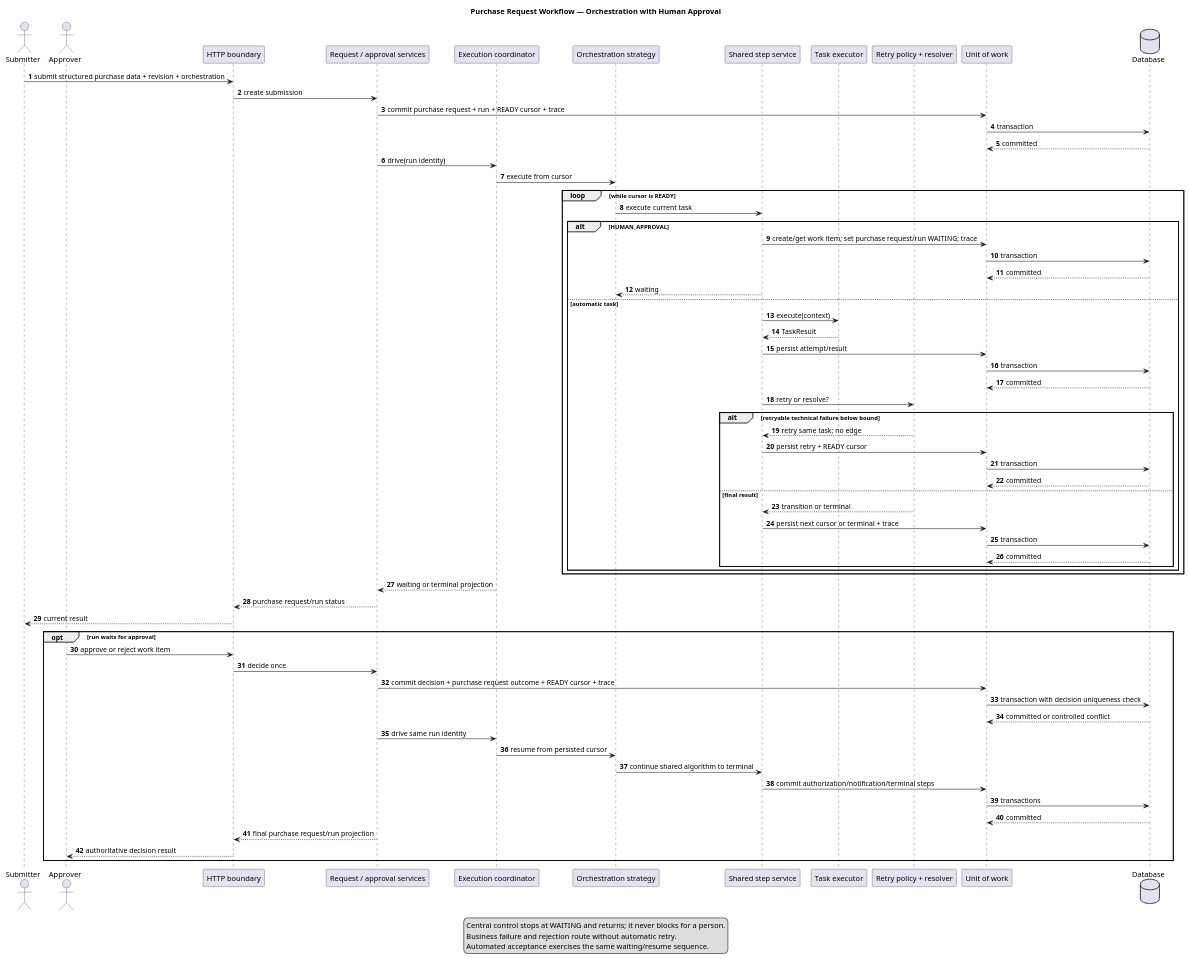
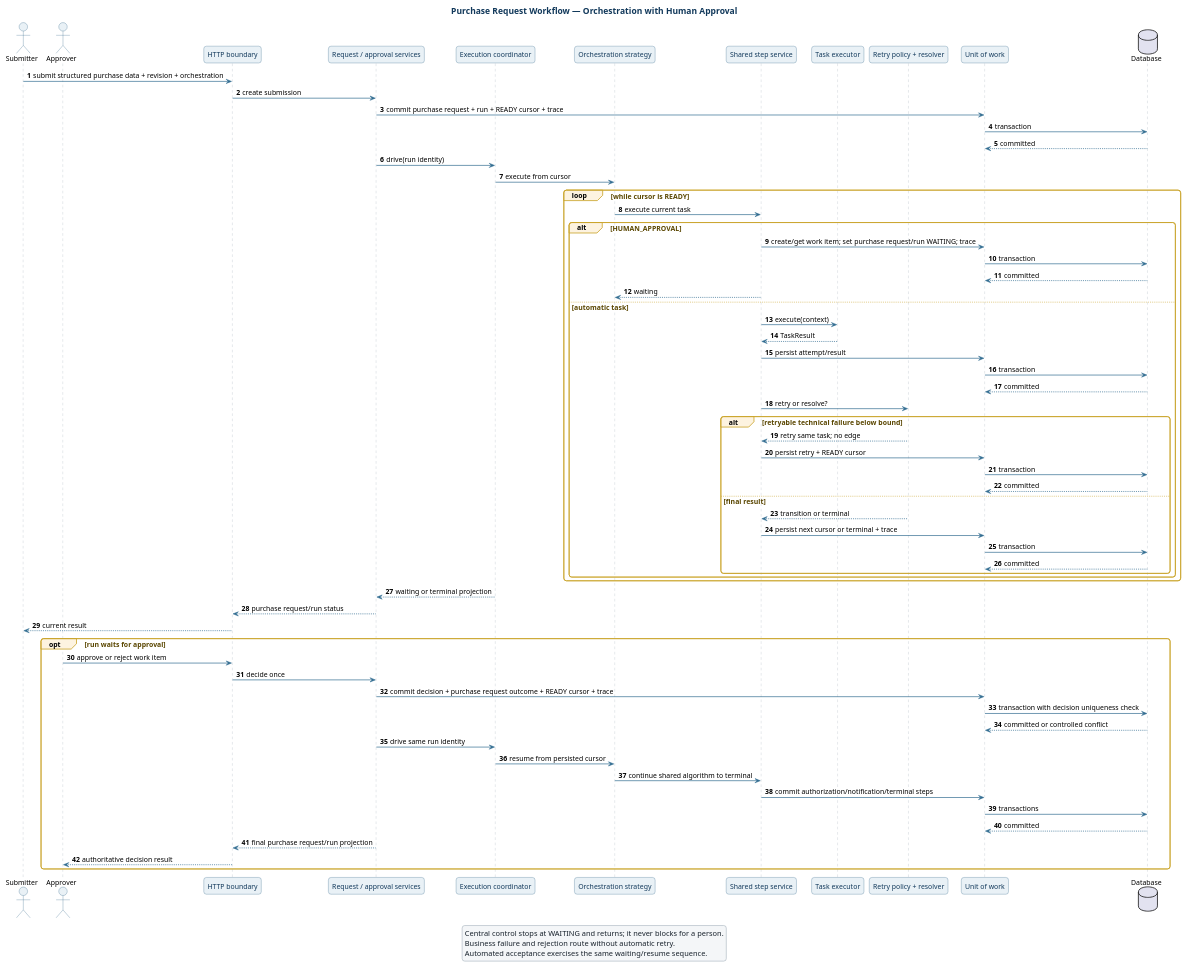
The diagram in docs/architecture/uml/orchestration-sequence.puml (MAES1102/WMS), drawn with PlantUML before and after one commit. The commit also changed 24 other files, not shown here.

First line of the commit message:
docs: polish UML styling, rewrite final report, add live UI screenshots

```diff
--- a/docs/architecture/uml/orchestration-sequence.puml
+++ b/docs/architecture/uml/orchestration-sequence.puml
@@ -1,79 +1,113 @@
 @startuml
 title Purchase Request Workflow — Orchestration with Human Approval
 autonumber
 skinparam shadowing false
+skinparam backgroundColor white
+skinparam defaultFontName Helvetica
+skinparam defaultFontSize 13
+skinparam roundcorner 10
+skinparam ArrowColor #326d91
+skinparam ArrowThickness 1.3
+skinparam titleFontColor #12395b
+skinparam titleFontSize 16
+skinparam titleFontStyle bold
+skinparam sequence {
+  ActorBackgroundColor #e9f1f6
+  ActorBorderColor #1d567d
+  ParticipantBackgroundColor #e9f1f6
+  ParticipantBorderColor #1d567d
+  ParticipantFontColor #12395b
+  LifeLineBorderColor #9eabb7
+  LifeLineBackgroundColor #f4f6f8
+  DatabaseBackgroundColor #d7e6ef
+  DatabaseBorderColor #1d567d
+  GroupBackgroundColor #fdf3e0
+  GroupBorderColor #c9a227
+  GroupFontColor #5a4600
+  DividerBackgroundColor #f4f6f8
+}
+skinparam note {
+  BackgroundColor #fff8e7
+  BorderColor #c9a227
+  FontColor #5a4600
+}
+skinparam legend {
+  BackgroundColor #f4f6f8
+  BorderColor #9eabb7
+  FontColor #17212b
+}
 
 actor Submitter
 actor Approver
 participant "HTTP boundary" as HTTP
 participant "Request / approval services" as Service
 participant "Execution coordinator" as Coordinator
 participant "Orchestration strategy" as Orchestrator
 participant "Shared step service" as Step
 participant "Task executor" as Executor
 participant "Retry policy + resolver" as Policy
 participant "Unit of work" as UoW
 database Database
 
 Submitter -> HTTP : submit structured purchase data + revision + orchestration
 HTTP -> Service : create submission
 Service -> UoW : commit purchase request + run + READY cursor + trace
 UoW -> Database : transaction
 Database --> UoW : committed
 Service -> Coordinator : drive(run identity)
 Coordinator -> Orchestrator : execute from cursor
 
 loop while cursor is READY
   Orchestrator -> Step : execute current task
   alt HUMAN_APPROVAL
     Step -> UoW : create/get work item; set purchase request/run WAITING; trace
     UoW -> Database : transaction
     Database --> UoW : committed
     Step --> Orchestrator : waiting
   else automatic task
     Step -> Executor : execute(context)
     Executor --> Step : TaskResult
     Step -> UoW : persist attempt/result
     UoW -> Database : transaction
     Database --> UoW : committed
     Step -> Policy : retry or resolve?
     alt retryable technical failure below bound
       Policy --> Step : retry same task; no edge
       Step -> UoW : persist retry + READY cursor
       UoW -> Database : transaction
       Database --> UoW : committed
     else final result
       Policy --> Step : transition or terminal
       Step -> UoW : persist next cursor or terminal + trace
       UoW -> Database : transaction
       Database --> UoW : committed
     end
   end
 end
 
 Coordinator --> Service : waiting or terminal projection
 Service --> HTTP : purchase request/run status
 HTTP --> Submitter : current result
 
 opt run waits for approval
   Approver -> HTTP : approve or reject work item
   HTTP -> Service : decide once
   Service -> UoW : commit decision + purchase request outcome + READY cursor + trace
   UoW -> Database : transaction with decision uniqueness check
   Database --> UoW : committed or controlled conflict
   Service -> Coordinator : drive same run identity
   Coordinator -> Orchestrator : resume from persisted cursor
   Orchestrator -> Step : continue shared algorithm to terminal
   Step -> UoW : commit authorization/notification/terminal steps
   UoW -> Database : transactions
   Database --> UoW : committed
   Service --> HTTP : final purchase request/run projection
   HTTP --> Approver : authoritative decision result
 end
 
 legend
 Central control stops at WAITING and returns; it never blocks for a person.
 Business failure and rejection route without automatic retry.
 Automated acceptance exercises the same waiting/resume sequence.
 endlegend
 @enduml
```
